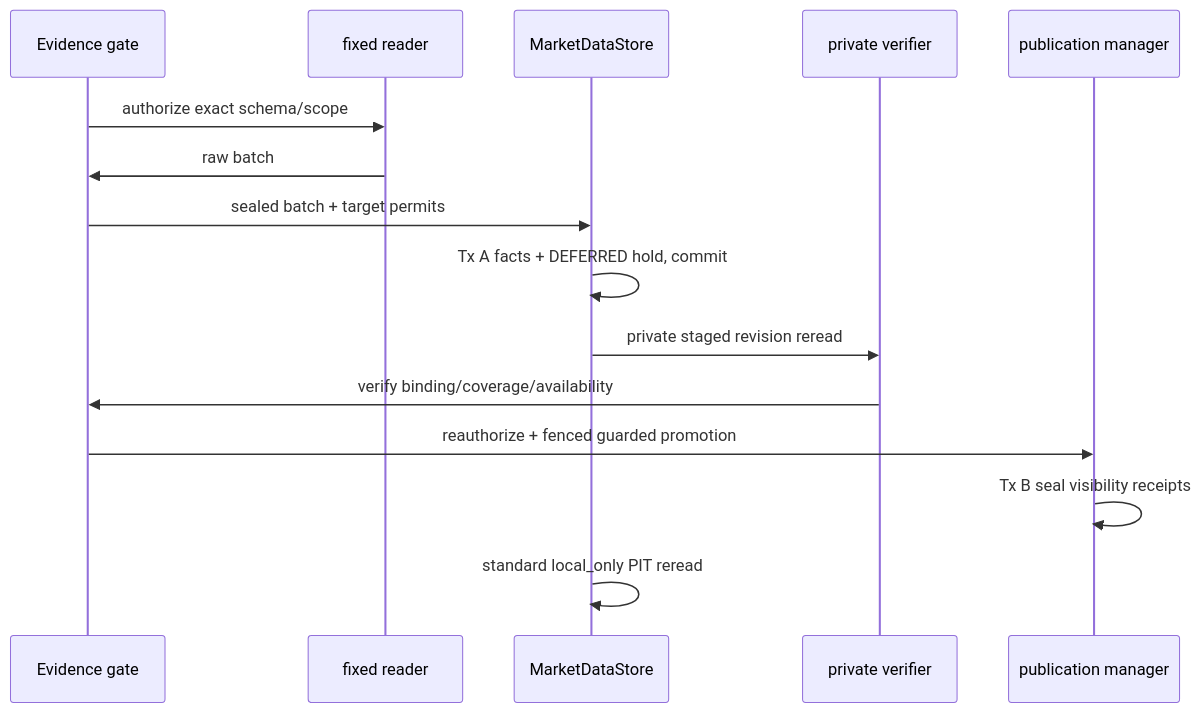
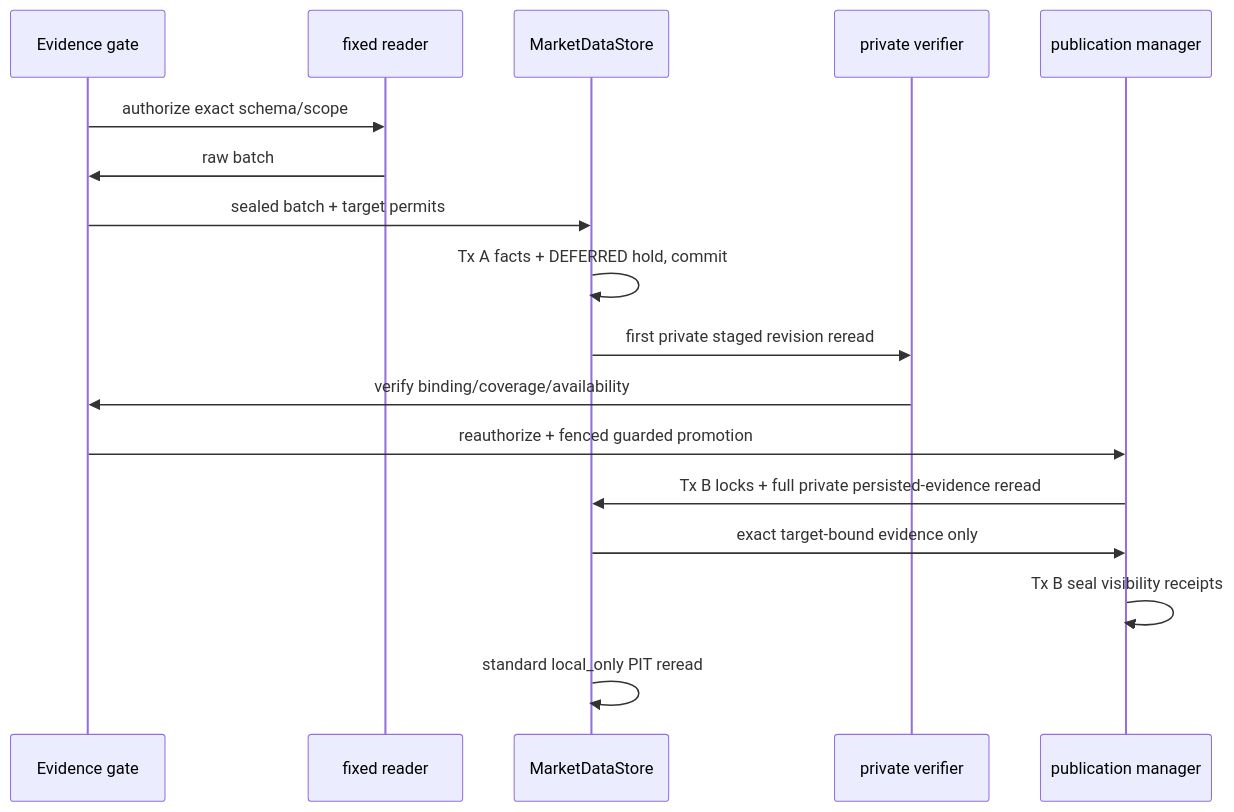
The second of 2 diagrams in docs/iterations/迭代197-本地优先市场数据中台/LEGACY_STOCK_DAILY_IMPORT_ADAPTER_DESIGN_REVIEW.md (cloudQuant/backtrader_web), drawn with Mermaid before and after one commit. The commit also changed other lines of this file and 4 other files, not shown here.

````diff
--- a/docs/iterations/迭代197-本地优先市场数据中台/LEGACY_STOCK_DAILY_IMPORT_ADAPTER_DESIGN_REVIEW.md
+++ b/docs/iterations/迭代197-本地优先市场数据中台/LEGACY_STOCK_DAILY_IMPORT_ADAPTER_DESIGN_REVIEW.md
@@ -79,17 +79,19 @@
 ```mermaid
 sequenceDiagram
     participant G as Evidence gate
     participant R as fixed reader
     participant S as MarketDataStore
     participant V as private verifier
     participant P as publication manager
     G->>R: authorize exact schema/scope
     R->>G: raw batch
     G->>S: sealed batch + target permits
     S->>S: Tx A facts + DEFERRED hold, commit
-    S->>V: private staged revision reread
+    S->>V: first private staged revision reread
     V->>G: verify binding/coverage/availability
     G->>P: reauthorize + fenced guarded promotion
+    P->>S: Tx B locks + full private persisted-evidence reread
+    S->>P: exact target-bound evidence only
     P->>P: Tx B seal visibility receipts
     S->>S: standard local_only PIT reread
 ```
````
